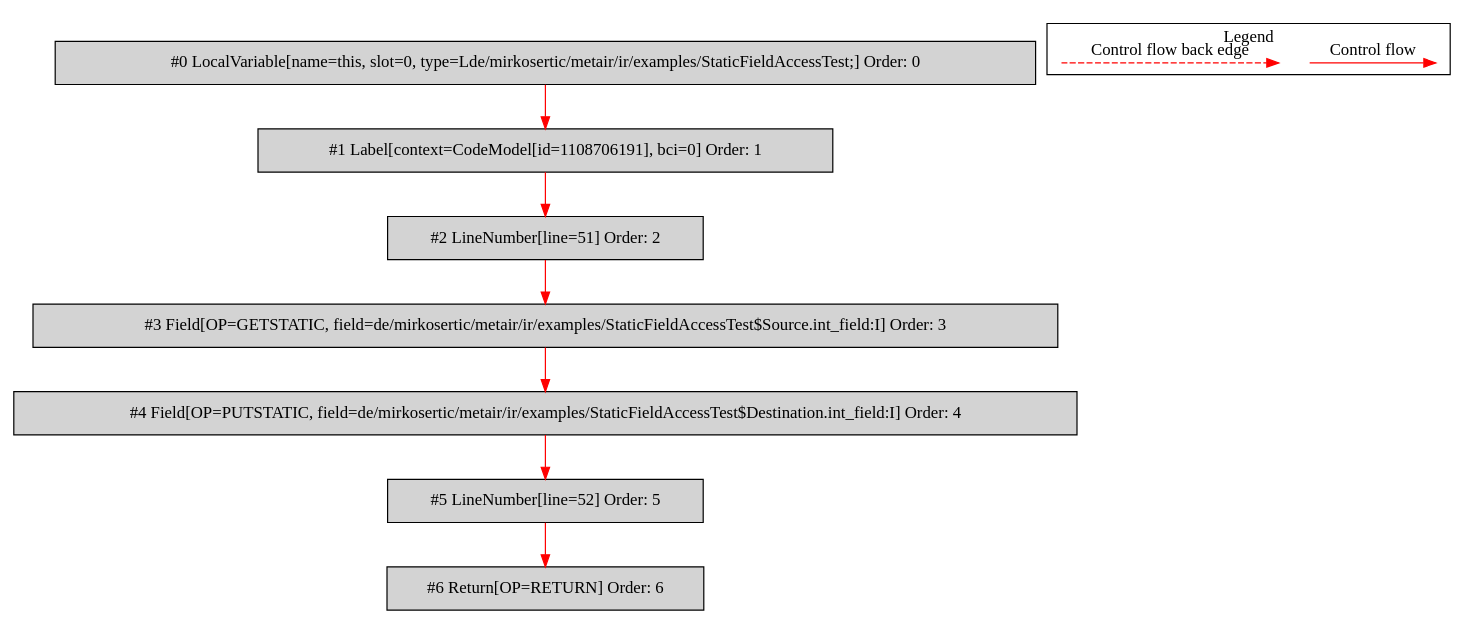
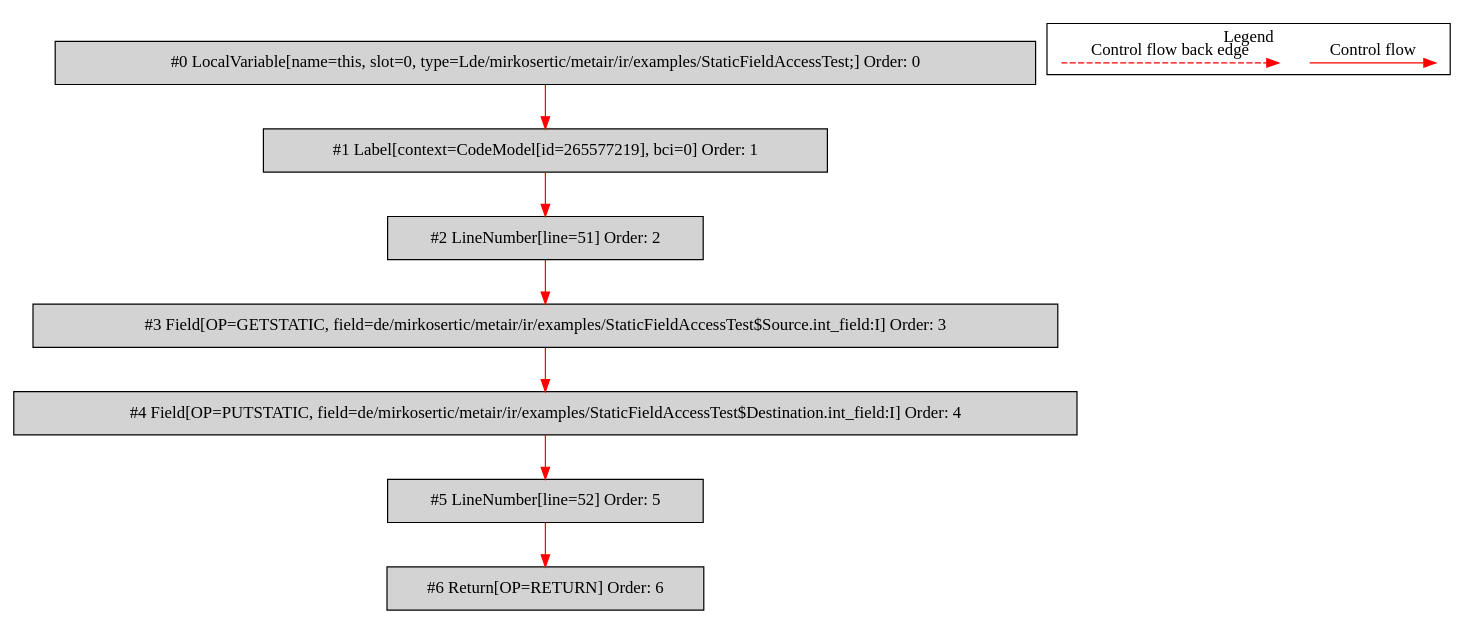
Before and after one commit to mirkosertic/MetaIR: the diagram in de.mirkosertic.metair.ir.examples.StaticFieldAccessTest/copy_int/bytecodecfg.dot, drawn with Graphviz. The commit also changed 506 other files, not shown here.

```diff
--- a/de.mirkosertic.metair.ir.examples.StaticFieldAccessTest/copy_int/bytecodecfg.dot
+++ b/de.mirkosertic.metair.ir.examples.StaticFieldAccessTest/copy_int/bytecodecfg.dot
@@ -1,29 +1,29 @@
 digraph {
  node0[label="#0 LocalVariable[name=this, slot=0, type=Lde/mirkosertic/metair/ir/examples/StaticFieldAccessTest;] Order: 0", shape=box, fillcolor=lightgrey, style=filled];
- node1[label="#1 Label[context=CodeModel[id=1108706191], bci=0] Order: 1", shape=box, fillcolor=lightgrey, style=filled];
+ node1[label="#1 Label[context=CodeModel[id=265577219], bci=0] Order: 1", shape=box, fillcolor=lightgrey, style=filled];
  node2[label="#2 LineNumber[line=51] Order: 2", shape=box, fillcolor=lightgrey, style=filled];
  node3[label="#3 Field[OP=GETSTATIC, field=de/mirkosertic/metair/ir/examples/StaticFieldAccessTest$Source.int_field:I] Order: 3", shape=box, fillcolor=lightgrey, style=filled];
  node4[label="#4 Field[OP=PUTSTATIC, field=de/mirkosertic/metair/ir/examples/StaticFieldAccessTest$Destination.int_field:I] Order: 4", shape=box, fillcolor=lightgrey, style=filled];
  node5[label="#5 LineNumber[line=52] Order: 5", shape=box, fillcolor=lightgrey, style=filled];
  node6[label="#6 Return[OP=RETURN] Order: 6", shape=box, fillcolor=lightgrey, style=filled];
  node0 -> node1[color=red];
  node1 -> node2[color=red];
  node2 -> node3[color=red];
  node3 -> node4[color=red];
  node4 -> node5[color=red];
  node5 -> node6[color=red];
  subgraph cluster_000 {
   label = "Legend";
   node [shape=point]
   {
    rank=same;
    c0 [style = invis];
    c1 [style = invis];
    c2 [style = invis];
    c3 [style = invis];
   }
   c0 -> c1 [label="Control flow", style=solid, color=red]
   c2 -> c3 [label="Control flow back edge", style=dashed, color=red]
  }
 
 }
```
